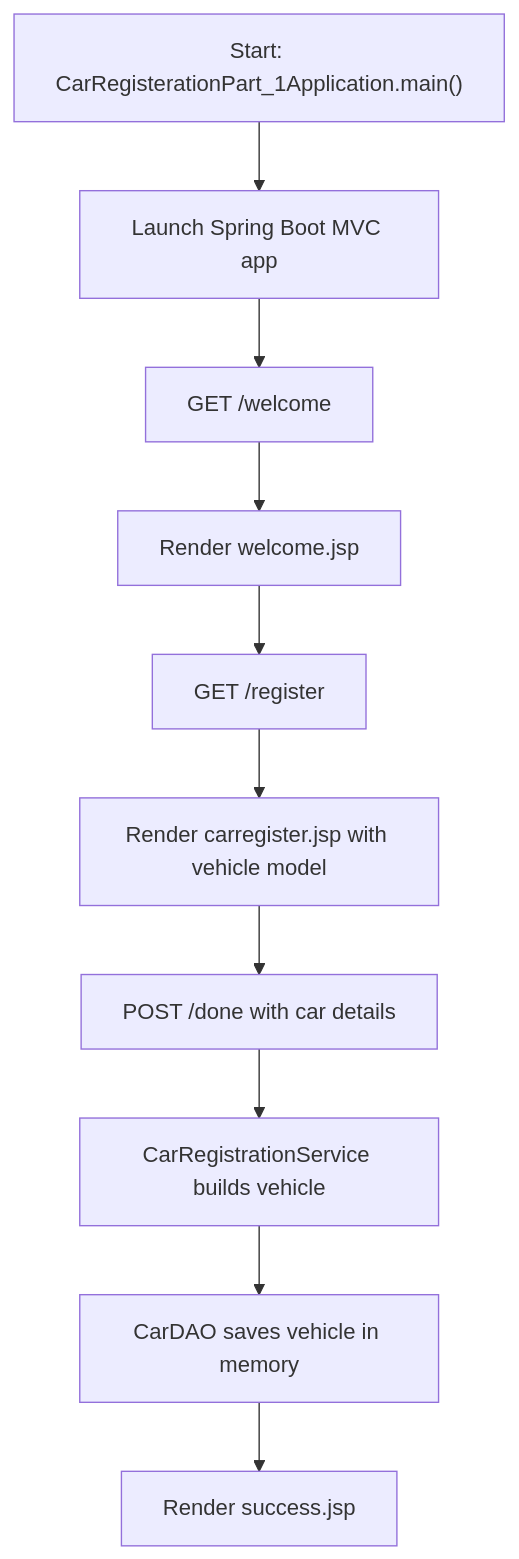
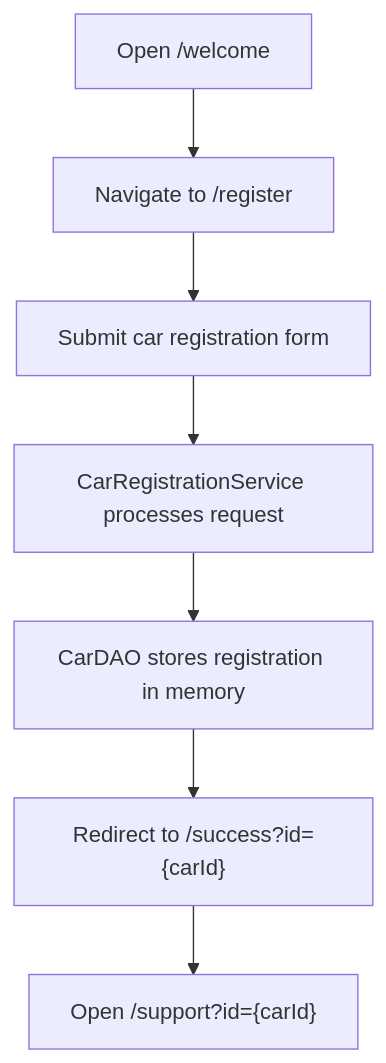
One commit to byte2code/car-service-registration changed the diagram in README.md. Above: the diagram before and after it, drawn with Mermaid. The commit also changed other lines of this file and 13 other files, not shown here.

Commit message:
Publish v3 of car-service-registration

````diff
--- a/README.md
+++ b/README.md
@@ -41,12 +74,9 @@
 ```mermaid
 flowchart TD
-    A["Start: CarRegisterationPart_1Application.main()"] --> B["Launch Spring Boot MVC app"]
-    B --> C["GET /welcome"]
-    C --> D["Render welcome.jsp"]
-    D --> E["GET /register"]
-    E --> F["Render carregister.jsp with vehicle model"]
-    F --> G["POST /done with car details"]
-    G --> H["CarRegistrationService builds vehicle"]
-    H --> I["CarDAO saves vehicle in memory"]
-    I --> J["Render success.jsp"]
+    A["Open /welcome"] --> B["Navigate to /register"]
+    B --> C["Submit car registration form"]
+    C --> D["CarRegistrationService processes request"]
+    D --> E["CarDAO stores registration in memory"]
+    E --> F["Redirect to /success?id={carId}"]
+    F --> G["Open /support?id={carId}"]
 ```
````
